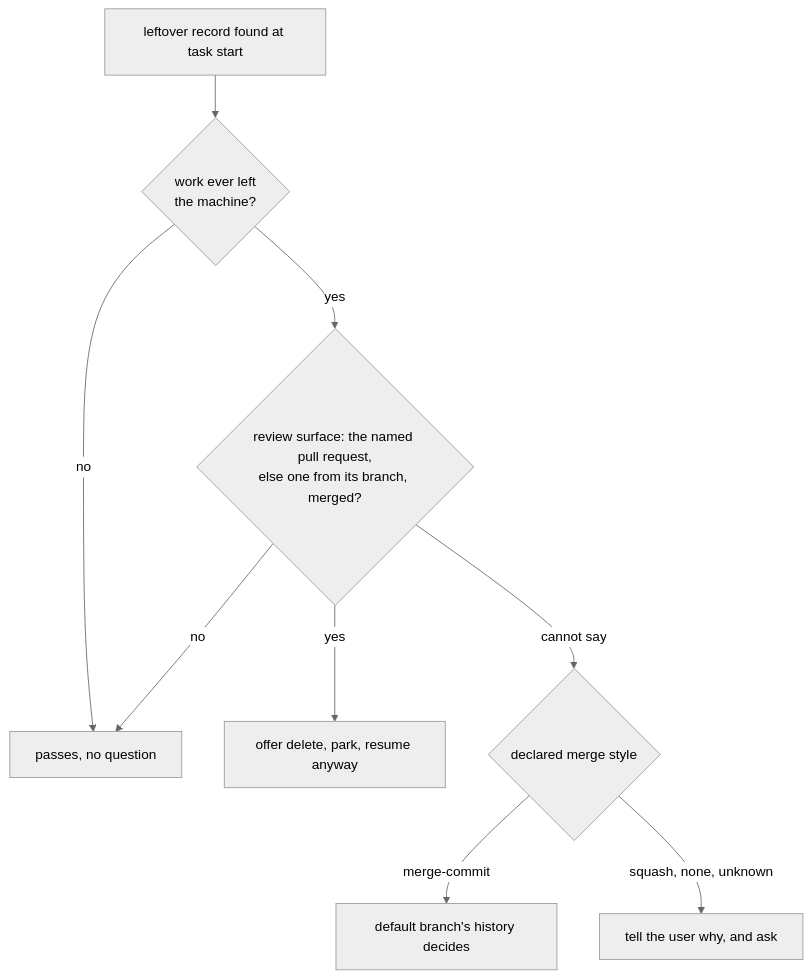
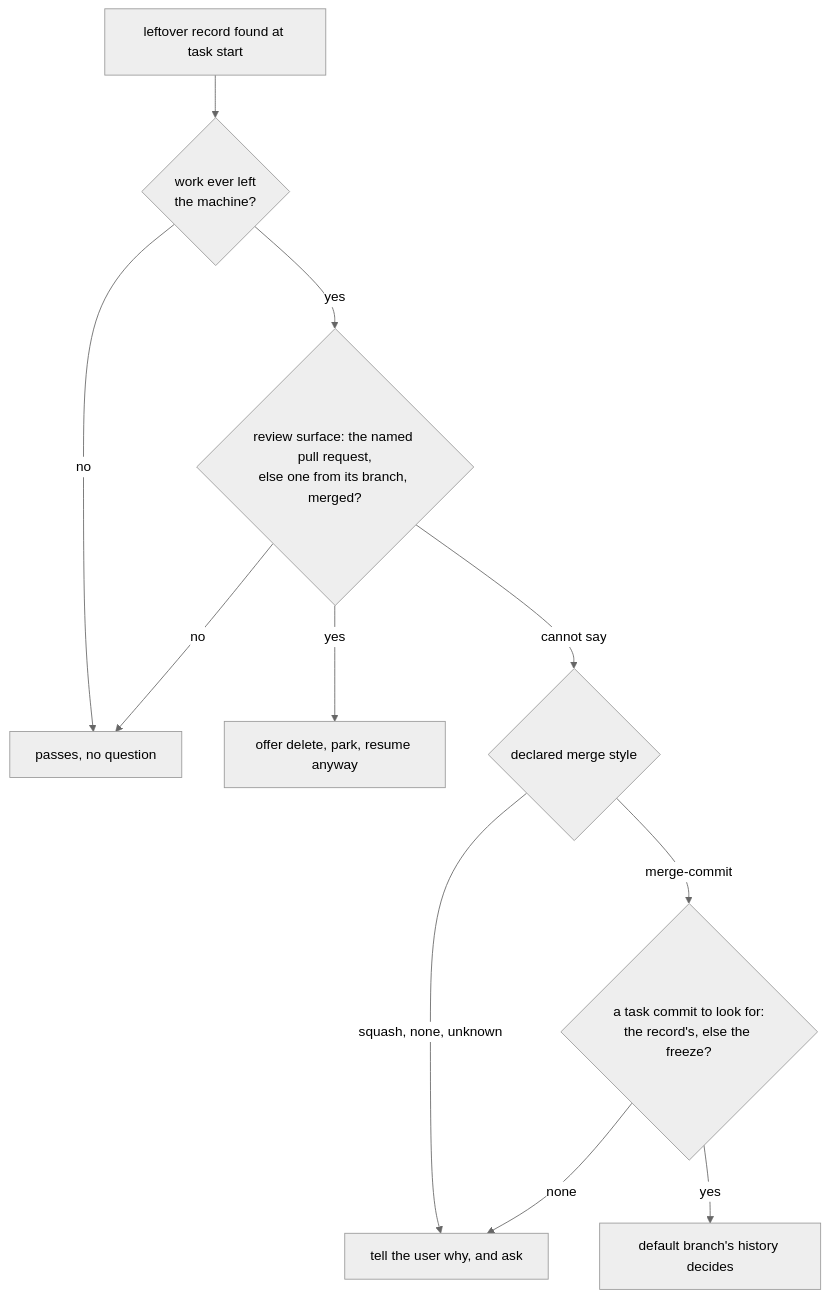
Before and after one commit to JeriC4o/agent-harness: the second of 2 diagrams in ai-docs/plans/2026-11-03-commit-each-workflow-step.design.md, drawn with Mermaid (neutral theme). The commit also changed other lines of this file and 1 other file, not shown here.

Commit message:
GH-180: docs(plan): correct the design in place after group A — merge-commit asks when no task commit resolves

````diff
--- a/ai-docs/plans/2026-11-03-commit-each-workflow-step.design.md
+++ b/ai-docs/plans/2026-11-03-commit-each-workflow-step.design.md
@@ -56,11 +58,13 @@
 ```mermaid
 flowchart TD
     L["leftover record found at task start"] --> X{"work ever left<br/>the machine?"}
     X -->|no| P["passes, no question"]
     X -->|yes| Q{"review surface: the named pull request,<br/>else one from its branch, merged?"}
     Q -->|no| P
     Q -->|yes| O["offer delete, park, resume anyway"]
     Q -->|cannot say| MS{"declared merge style"}
-    MS -->|merge-commit| H["default branch's history decides"]
     MS -->|"squash, none, unknown"| A["tell the user why, and ask"]
+    MS -->|merge-commit| T{"a task commit to look for:<br/>the record's, else the freeze?"}
+    T -->|yes| H["default branch's history decides"]
+    T -->|none| A
 ```
````
